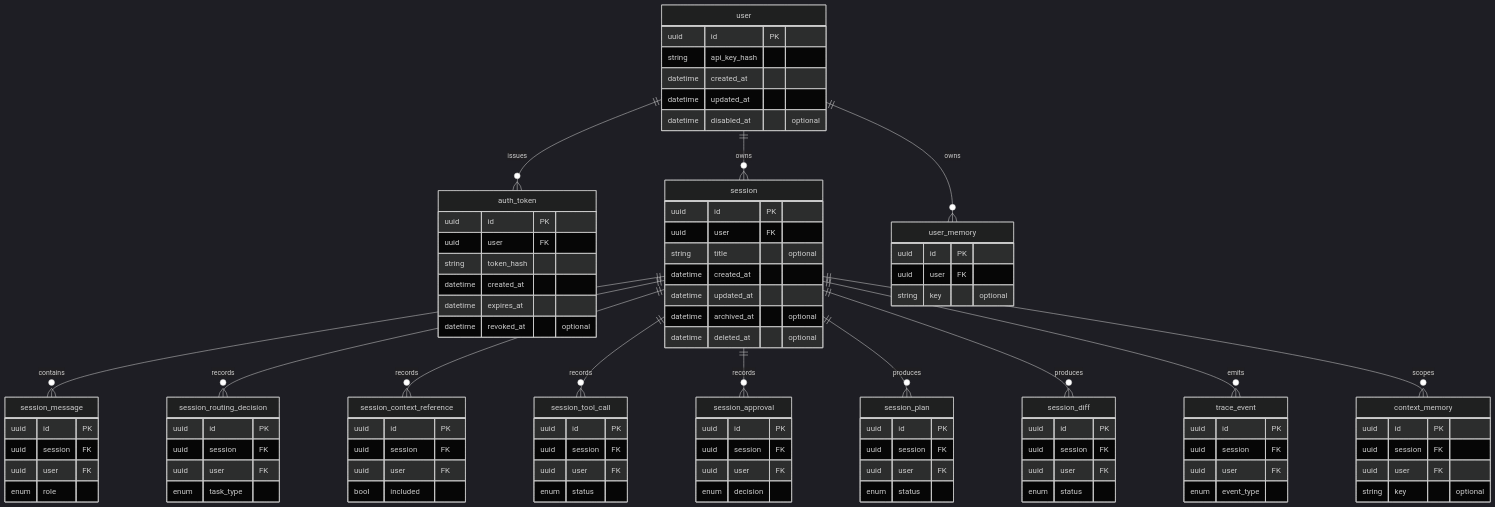
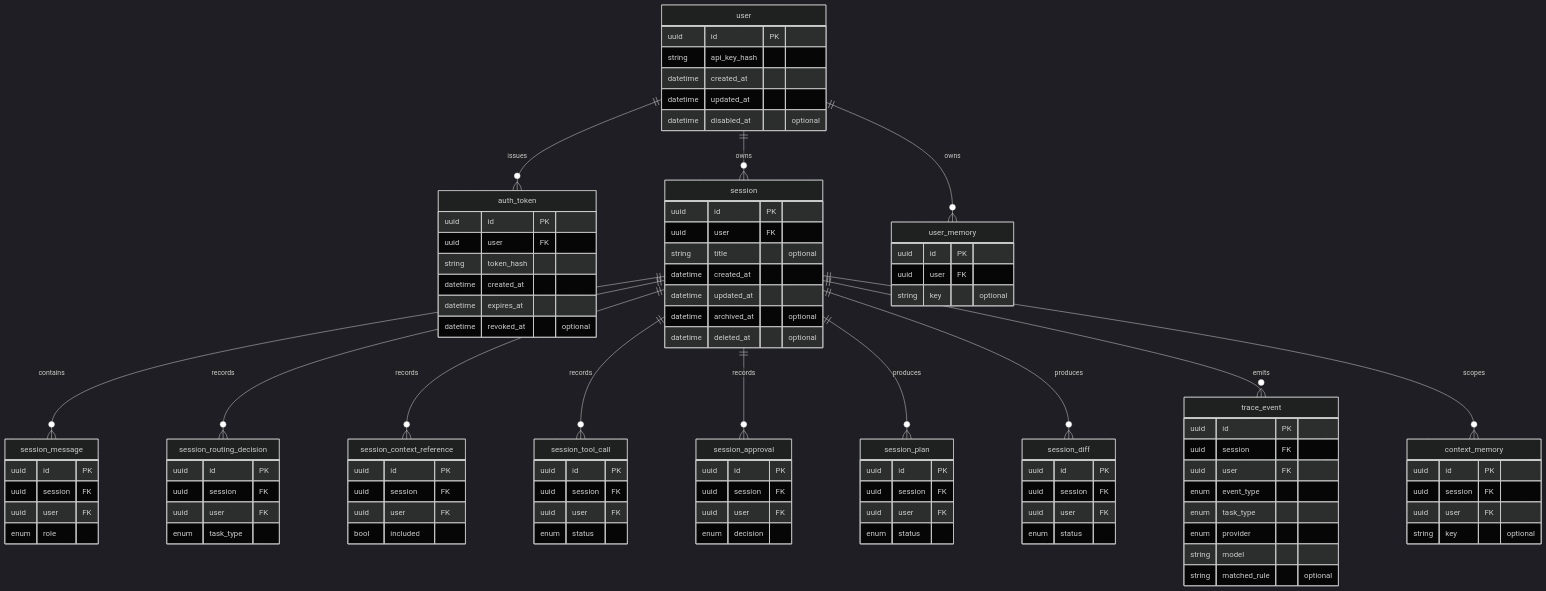
One commit to smista-ai/smista.ai changed the first of 2 diagrams in docs/technical/schema.md. Above: the diagram before and after it, drawn with Mermaid (dark theme). The commit also changed other lines of this file and 24 other files, not shown here.

```diff
--- a/docs/technical/schema.md
+++ b/docs/technical/schema.md
@@ -109,6 +109,10 @@
         uuid session FK
         uuid user FK
         enum event_type
+        enum task_type
+        enum provider
+        string model
+        string matched_rule "optional"
     }
     user_memory {
         uuid id PK
```
